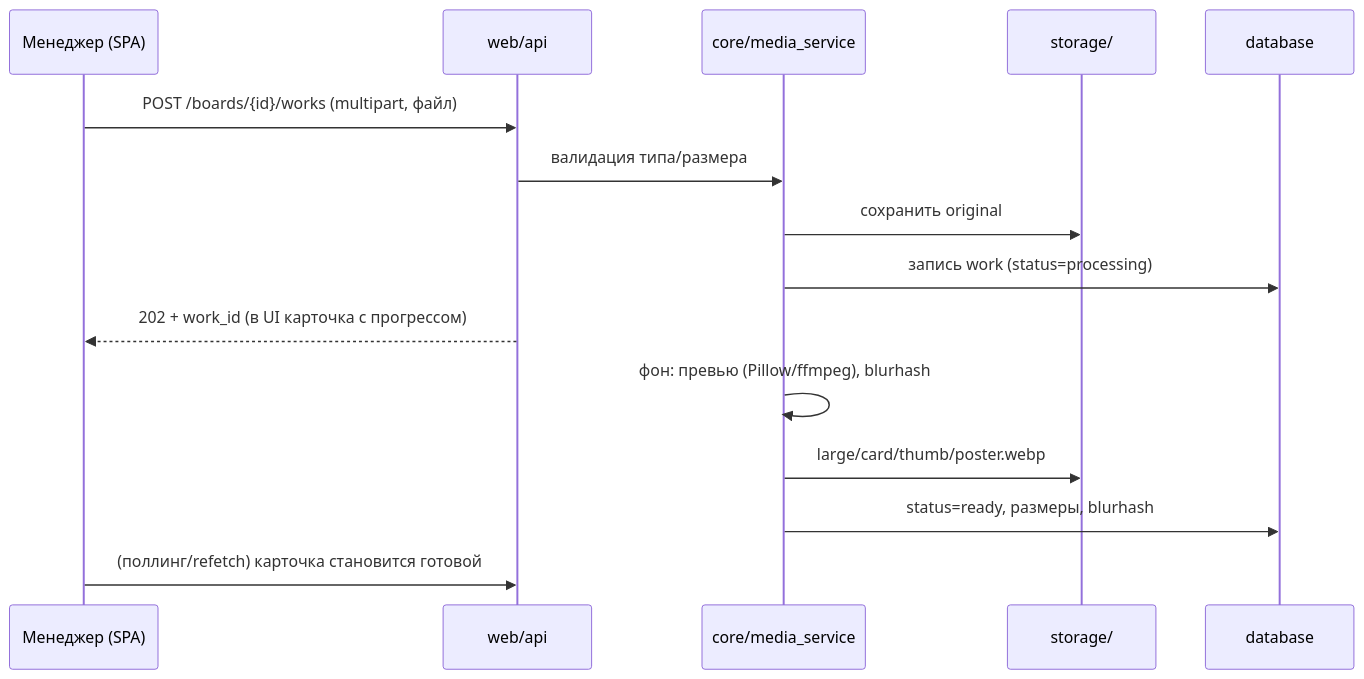
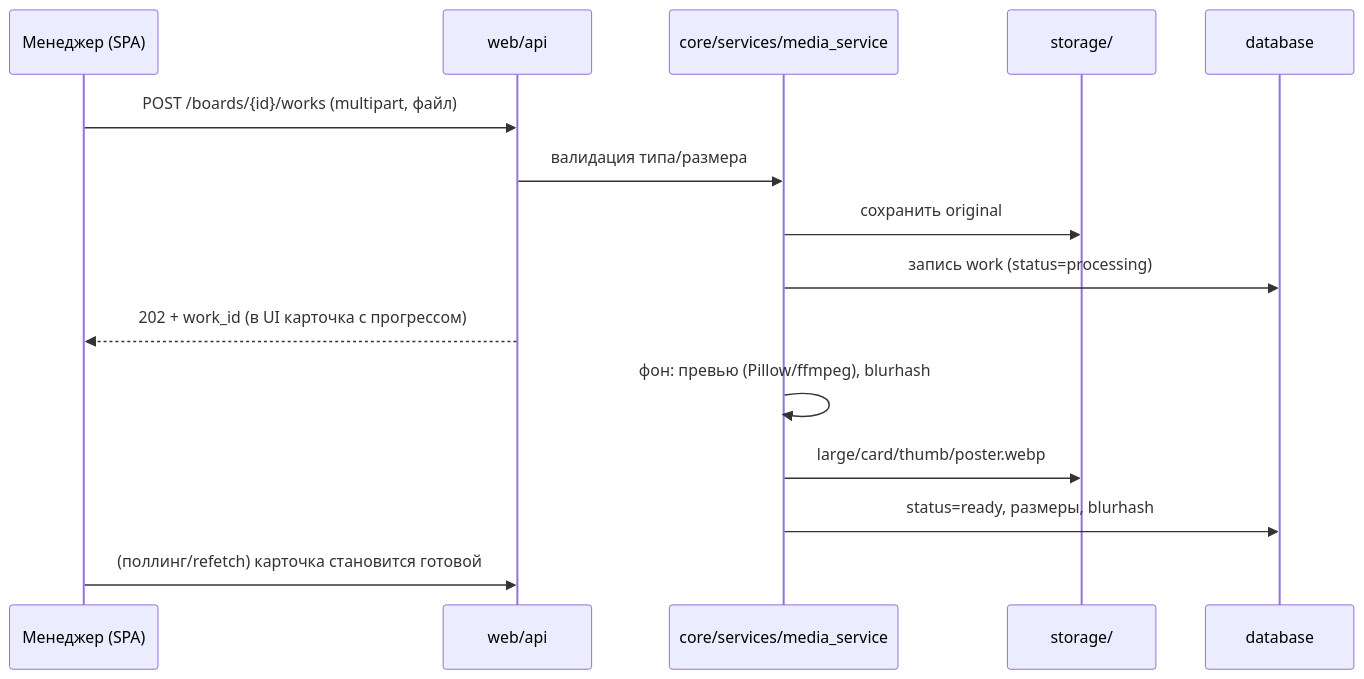
One commit to DenisHumen/OpenCRM changed the diagram in docs/02-architecture.md. Above: the diagram before and after it, drawn with Mermaid. The commit also changed other lines of this file and 103 other files, not shown here.

````diff
--- a/docs/02-architecture.md
+++ b/docs/02-architecture.md
@@ -157,18 +257,18 @@
 ```mermaid
 sequenceDiagram
     participant M as Менеджер (SPA)
     participant API as web/api
-    participant MS as core/media_service
+    participant MS as core/services/media_service
     participant FS as storage/
     participant DB as database
 
     M->>API: POST /boards/{id}/works (multipart, файл)
     API->>MS: валидация типа/размера
     MS->>FS: сохранить original
     MS->>DB: запись work (status=processing)
     API-->>M: 202 + work_id (в UI карточка с прогрессом)
     MS->>MS: фон: превью (Pillow/ffmpeg), blurhash
     MS->>FS: large/card/thumb/poster.webp
     MS->>DB: status=ready, размеры, blurhash
     M->>API: (поллинг/refetch) карточка становится готовой
 ```
````
